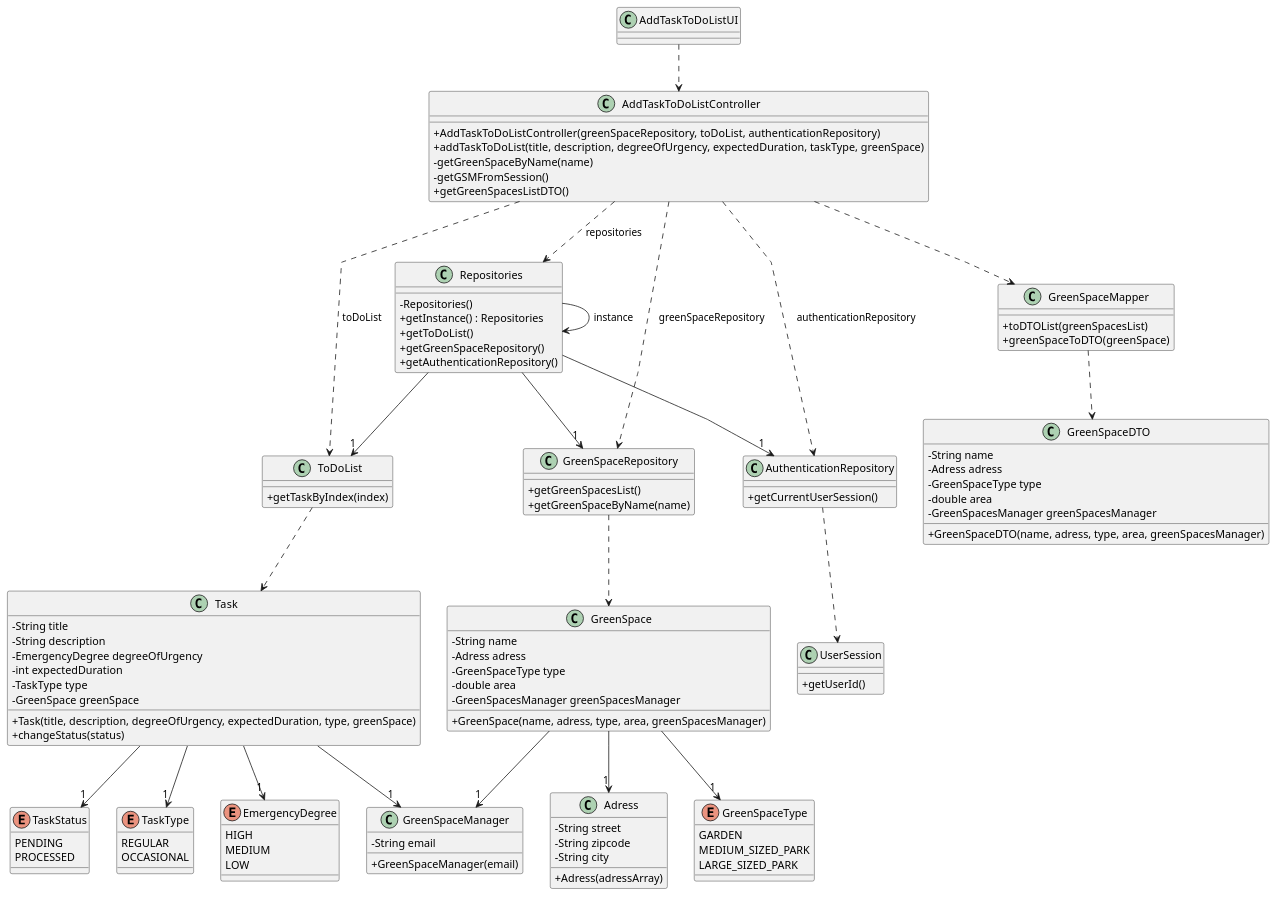
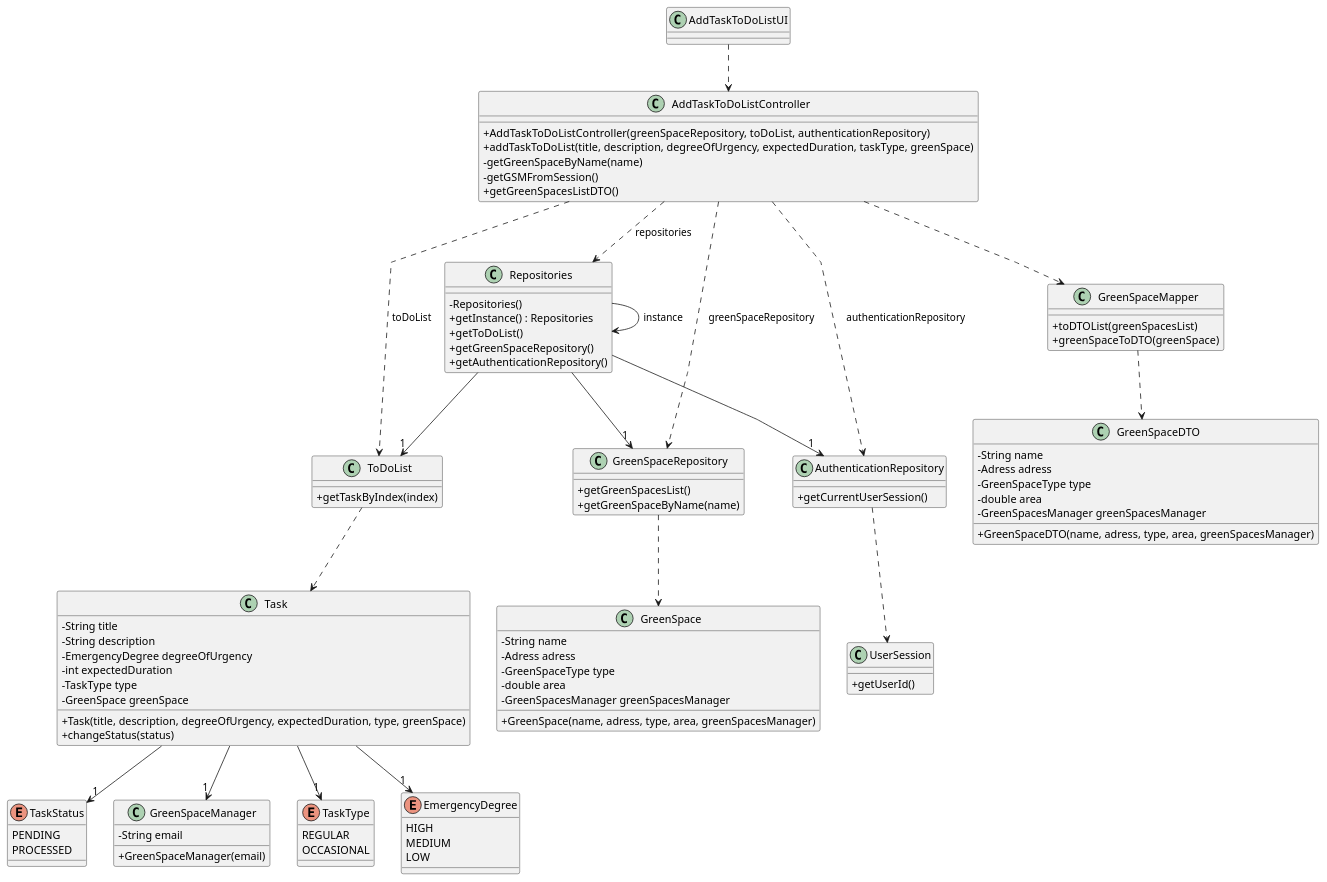
Before and after one commit to daniel41silva05/ISEP_2023_2024_LAPR2: the diagram in docs/sprintA&B&C/us021/03.design/puml/us021-class-diagram.puml, drawn with PlantUML. The commit also changed 1 other file, not shown here.

```diff
--- a/docs/sprintA&B&C/us021/03.design/puml/us021-class-diagram.puml
+++ b/docs/sprintA&B&C/us021/03.design/puml/us021-class-diagram.puml
@@ -1,138 +1,122 @@
 @startuml
 'skinparam monochrome true
 skinparam packageStyle rectangle
 skinparam shadowing false
 skinparam linetype polyline
 'skinparam linetype orto
 
 skinparam classAttributeIconSize 0
 
 'left to right direction
 
 class AddTaskToDoListUI {
 }
 
 class AddTaskToDoListController {
     +AddTaskToDoListController(greenSpaceRepository, toDoList, authenticationRepository)
     +addTaskToDoList(title, description, degreeOfUrgency, expectedDuration, taskType, greenSpace)
     -getGreenSpaceByName(name)
     -getGSMFromSession()
     +getGreenSpacesListDTO()
 }
 
 class ToDoList {
     +getTaskByIndex(index)
 }
 
 class GreenSpace {
     -String name
         -Adress adress
         -GreenSpaceType type
         -double area
         -GreenSpacesManager greenSpacesManager
         +GreenSpace(name, adress, type, area, greenSpacesManager)
 }
 
 class Repositories{
     - Repositories()
     + getInstance() : Repositories
     + getToDoList()
     + getGreenSpaceRepository()
     + getAuthenticationRepository()
 }
 
 enum TaskStatus {
     PENDING
     PROCESSED
 }
 
 class Task {
     -String title
     -String description
     -EmergencyDegree degreeOfUrgency
     -int expectedDuration
     -TaskType type
     -GreenSpace greenSpace
     +Task(title, description, degreeOfUrgency, expectedDuration, type, greenSpace)
     +changeStatus(status)
 }
 
 class GreenSpaceRepository {
     +getGreenSpacesList()
     +getGreenSpaceByName(name)
 }
 
 class AuthenticationRepository {
     +getCurrentUserSession()
 }
 
 class UserSession {
     +getUserId()
 }
 
 class GreenSpaceManager {
     -String email
     +GreenSpaceManager(email)
 }
 
-class Adress {
-    -String street
-    -String zipcode
-    -String city
-    +Adress(adressArray)
-}
-
 enum TaskType {
     REGULAR
     OCCASIONAL
-}
-
-enum GreenSpaceType {
-    GARDEN
-    MEDIUM_SIZED_PARK
-    LARGE_SIZED_PARK
 }
 
 enum EmergencyDegree {
     HIGH
     MEDIUM
     LOW
 }
 
 class GreenSpaceDTO {
     -String name
     -Adress adress
     -GreenSpaceType type
     -double area
     -GreenSpacesManager greenSpacesManager
     +GreenSpaceDTO(name, adress, type, area, greenSpacesManager)
 }
 
 class GreenSpaceMapper {
     +toDTOList(greenSpacesList)
     +greenSpaceToDTO(greenSpace)
 }
 
 AddTaskToDoListUI ..> AddTaskToDoListController
 AddTaskToDoListController ..> Repositories: repositories
 AddTaskToDoListController ..> ToDoList: toDoList
 AddTaskToDoListController ..> AuthenticationRepository: authenticationRepository
 AddTaskToDoListController ..> GreenSpaceRepository: greenSpaceRepository
 GreenSpaceRepository ..> GreenSpace
 ToDoList ..> Task
 AuthenticationRepository ..> UserSession
 Repositories --> Repositories: instance
 Repositories --> "1" ToDoList
 Repositories --> "1" AuthenticationRepository
 Repositories --> "1" GreenSpaceRepository
 Task --> "1" EmergencyDegree
 Task --> "1" TaskStatus
 Task --> "1" GreenSpaceManager
 Task --> "1" TaskType
-GreenSpace --> "1" GreenSpaceManager
-GreenSpace --> "1" Adress
-GreenSpace --> "1" GreenSpaceType
 AddTaskToDoListController ..> GreenSpaceMapper
 GreenSpaceMapper ..> GreenSpaceDTO
 
 @enduml
```
